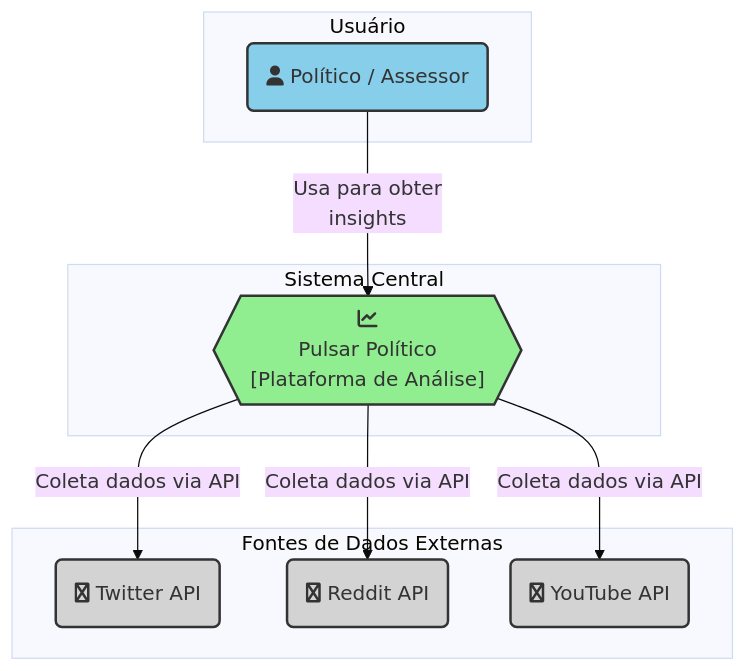
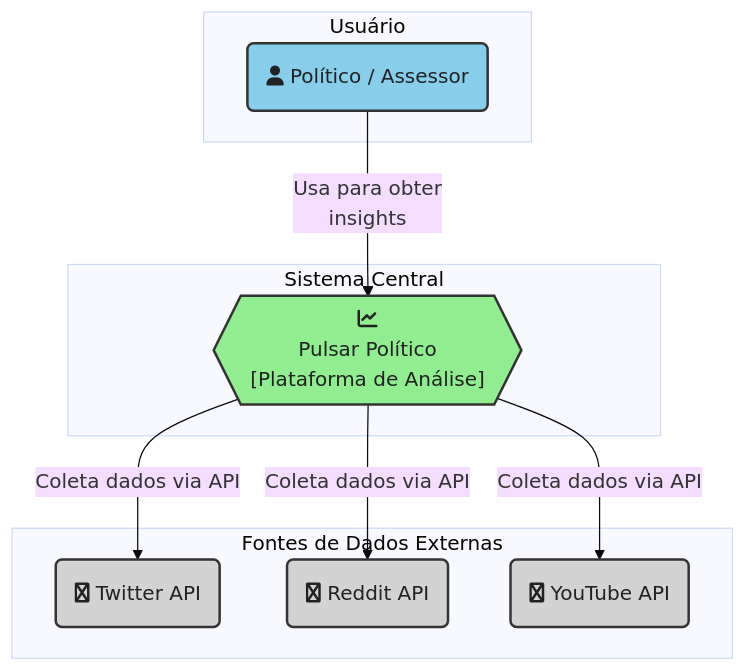
The diagram in README.md (djtulioo/TASI), drawn with Mermaid (base theme) before and after one commit.

Commit message:
fix: Adjust color contrast in arquitecture diagram

````diff
--- a/README.md
+++ b/README.md
@@ -36,32 +36,32 @@
 ```mermaid
 graph TD
     %% Definição de Estilos
-    classDef user fill:#87CEEB,stroke:#333,stroke-width:2px;
-    classDef system fill:#90EE90,stroke:#333,stroke-width:2px;
-    classDef external fill:#D3D3D3,stroke:#333,stroke-width:2px;
+    classDef user fill:#87CEEB,stroke:#333,stroke-width:2px,color:#222;
+    classDef system fill:#90EE90,stroke:#333,stroke-width:2px,color:#222;
+    classDef external fill:#D3D3D3,stroke:#333,stroke-width:2px,color:#222;
 
     subgraph "Usuário"
         politico("fa:fa-user Político / Assessor")
     end
 
     subgraph "Sistema Central"
         pulsar_politico{{"fa:fa-chart-line<br>Pulsar Político<br><size:10>[Plataforma de Análise]</size>"}}
     end
 
     subgraph "Fontes de Dados Externas"
         twitter_api("fa:fa-twitter Twitter API")
         reddit_api("fa:fa-reddit-alien Reddit API")
         youtube_api("fa:fa-youtube YouTube API")
     end
 
     %% Relacionamentos
     politico -- "Usa para obter<br>insights" --> pulsar_politico
     pulsar_politico -- "Coleta dados via API" --> twitter_api
     pulsar_politico -- "Coleta dados via API" --> reddit_api
     pulsar_politico -- "Coleta dados via API" --> youtube_api
 
     %% Aplicação dos Estilos
     class politico user;
     class pulsar_politico system;
     class twitter_api,reddit_api,youtube_api external;
 ```
````
